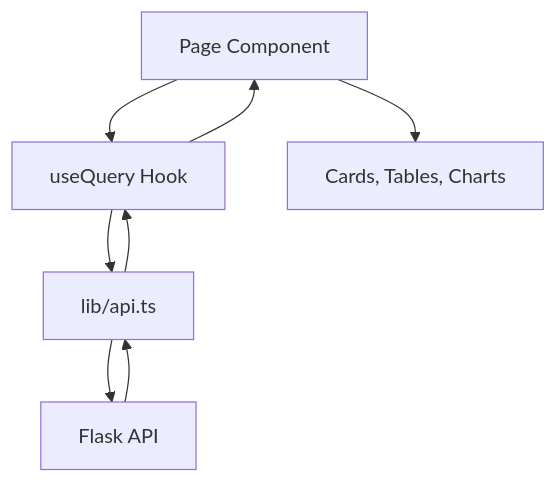
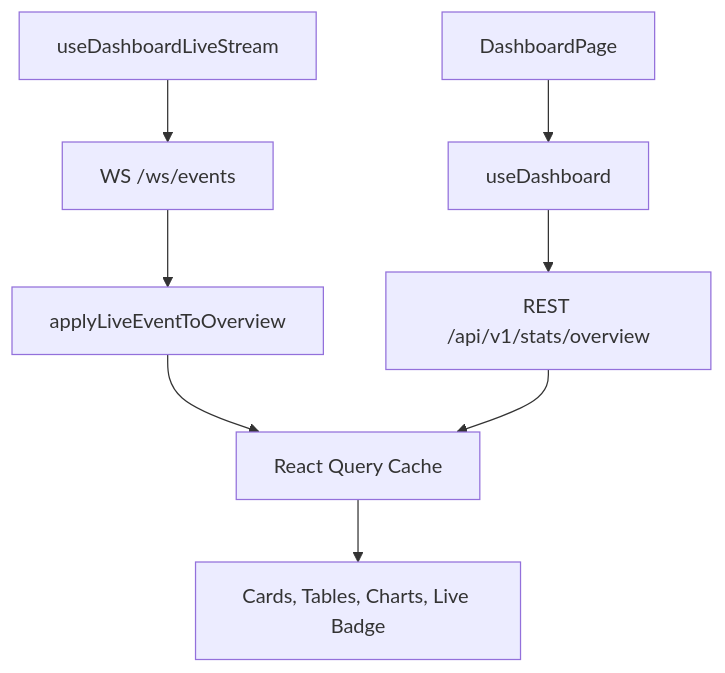
Before and after one commit to ai-cain/vision-data-dashboard: the diagram in docs/frontend.md, drawn with Mermaid. The commit also changed other lines of this file and 9 other files, not shown here.

````diff
--- a/docs/frontend.md
+++ b/docs/frontend.md
@@ -36,10 +38,10 @@
 ```mermaid
 flowchart TD
-    A[Page Component] --> B[useQuery Hook]
-    B --> C[lib/api.ts]
-    C --> D[Flask API]
-    D --> C
-    C --> B
-    B --> A
-    A --> E[Cards, Tables, Charts]
+    A[DashboardPage] --> B[useDashboard]
+    B --> C[REST /api/v1/stats/overview]
+    D[useDashboardLiveStream] --> E[WS /ws/events]
+    E --> F[applyLiveEventToOverview]
+    F --> G[React Query Cache]
+    C --> G
+    G --> H[Cards, Tables, Charts, Live Badge]
 ```
````
